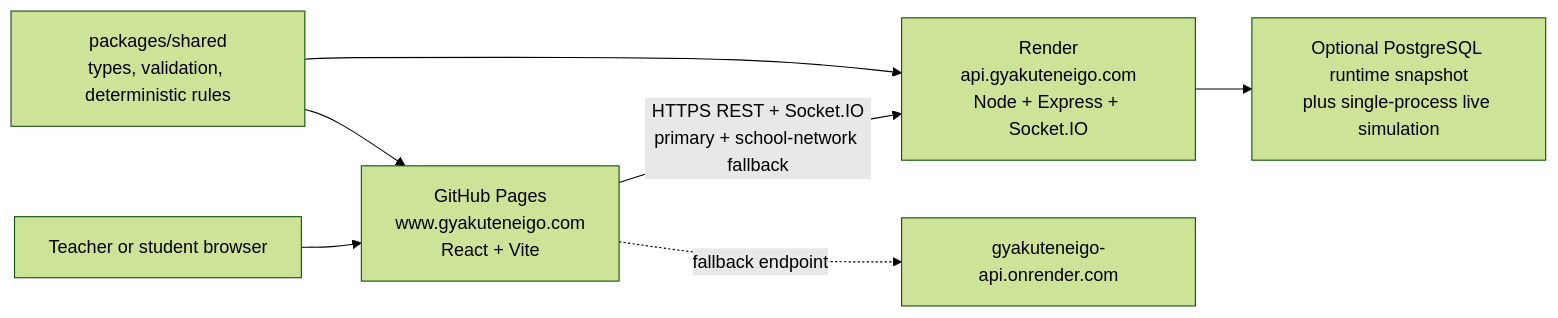
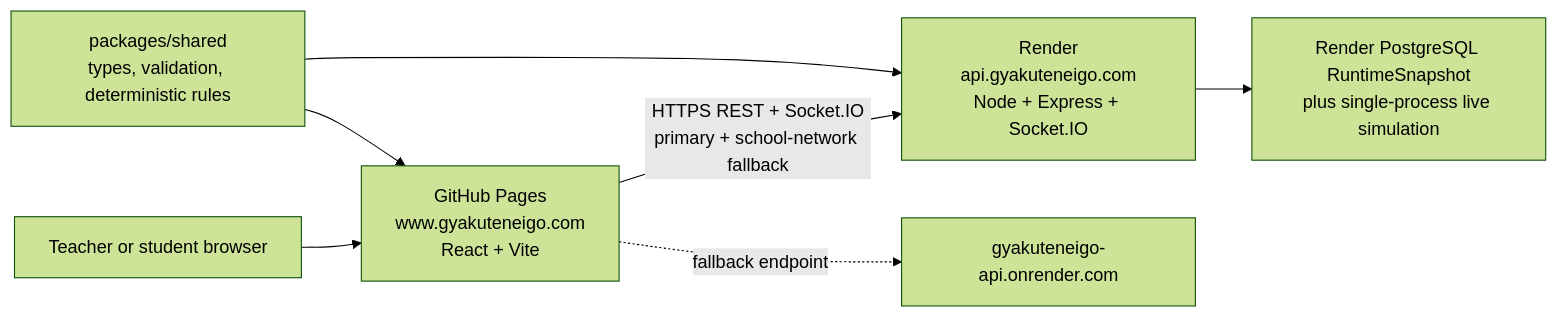
The diagram in architecture.md (susume/GyakutenEigo), drawn with Mermaid (forest theme) before and after one commit. The commit also changed other lines of this file and 1 other file, not shown here.

Commit message:
Update persistence architecture handoff

````diff
--- a/architecture.md
+++ b/architecture.md
@@ -7,9 +7,9 @@
 ```mermaid
 flowchart LR
   Visitor["Teacher or student browser"] --> Pages["GitHub Pages\nwww.gyakuteneigo.com\nReact + Vite"]
   Pages -->|"HTTPS REST + Socket.IO\nprimary + school-network fallback"| Api["Render\napi.gyakuteneigo.com\nNode + Express + Socket.IO"]
   Pages -.->|"fallback endpoint"| RenderUrl["gyakuteneigo-api.onrender.com"]
-  Api --> State["Optional PostgreSQL runtime snapshot\nplus single-process live simulation"]
+  Api --> State["Render PostgreSQL RuntimeSnapshot\nplus single-process live simulation"]
   Shared["packages/shared\ntypes, validation, deterministic rules"] --> Pages
   Shared --> Api
 ```
````
